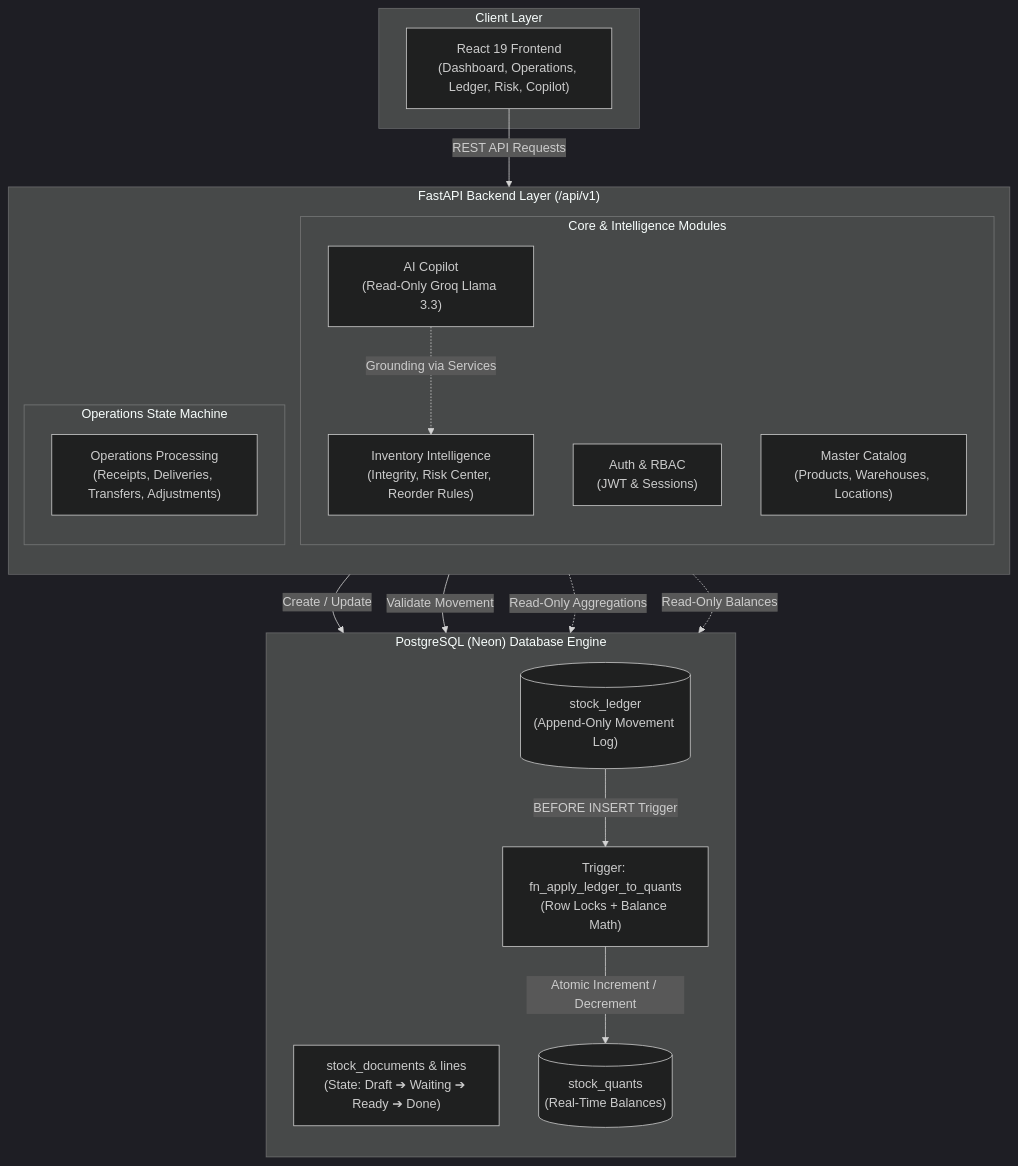
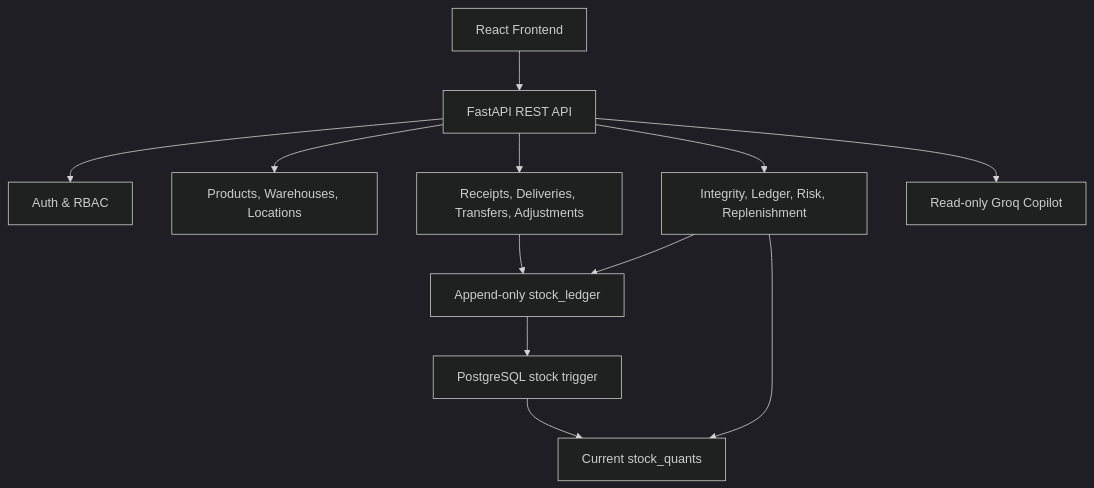
The diagram in README.md (ItsKrishna-dev/StockFlow), drawn with Mermaid (dark theme) before and after one commit. The commit also changed other lines of this file, not shown here.

Commit message:
Updated Architecture Diagram

````diff
--- a/README.md
+++ b/README.md
@@ -105,41 +104,14 @@
 ```mermaid
 graph TB
-    subgraph Client ["Client Layer"]
-        UI["React 19 Frontend<br/>(Dashboard, Operations, Ledger, Risk, Copilot)"]
-    end
-
-
-    subgraph Backend ["FastAPI Backend Layer (/api/v1)"]
-        direction TB
-        subgraph Services ["Core & Intelligence Modules"]
-            Auth["Auth & RBAC<br/>(JWT & Sessions)"]
-            Master["Master Catalog<br/>(Products, Warehouses, Locations)"]
-            Intel["Inventory Intelligence<br/>(Integrity, Risk Center, Reorder Rules)"]
-            Copilot["AI Copilot<br/>(Read-Only Groq Llama 3.3)"]
-        end
-
-
-        subgraph OpsEngine ["Operations State Machine"]
-            Ops["Operations Processing<br/>(Receipts, Deliveries, Transfers, Adjustments)"]
-        end
-    end
-
-
-    subgraph Database ["PostgreSQL (Neon) Database Engine"]
-        direction TB
-        Docs["stock_documents & lines<br/>(State: Draft ➔ Waiting ➔ Ready ➔ Done)"]
-        Ledger[("stock_ledger<br/>(Append-Only Movement Log)")]
-        Trigger["Trigger: fn_apply_ledger_to_quants<br/>(Row Locks + Balance Math)"]
-        Quants[("stock_quants<br/>(Real-Time Balances)")]
-    end
-
-
-    UI -->|REST API Requests| Backend
-    Ops -->|Create / Update| Docs
-    Ops -->|Validate Movement| Ledger
-    Ledger -->|BEFORE INSERT Trigger| Trigger
-    Trigger -->|Atomic Increment / Decrement| Quants
-    Intel -.->|Read-Only Aggregations| Ledger
-    Intel -.->|Read-Only Balances| Quants
-    Copilot -.->|Grounding via Services| Intel
+    Frontend["React Frontend"] --> API["FastAPI REST API"]
+    API --> Auth["Auth & RBAC"]
+    API --> Master["Products, Warehouses, Locations"]
+    API --> Operations["Receipts, Deliveries, Transfers, Adjustments"]
+    API --> Intelligence["Integrity, Ledger, Risk, Replenishment"]
+    API --> Copilot["Read-only Groq Copilot"]
+    Operations --> Ledger["Append-only stock_ledger"]
+    Ledger --> Trigger["PostgreSQL stock trigger"]
+    Trigger --> Quants["Current stock_quants"]
+    Intelligence --> Ledger
+    Intelligence --> Quants
 ```
````
